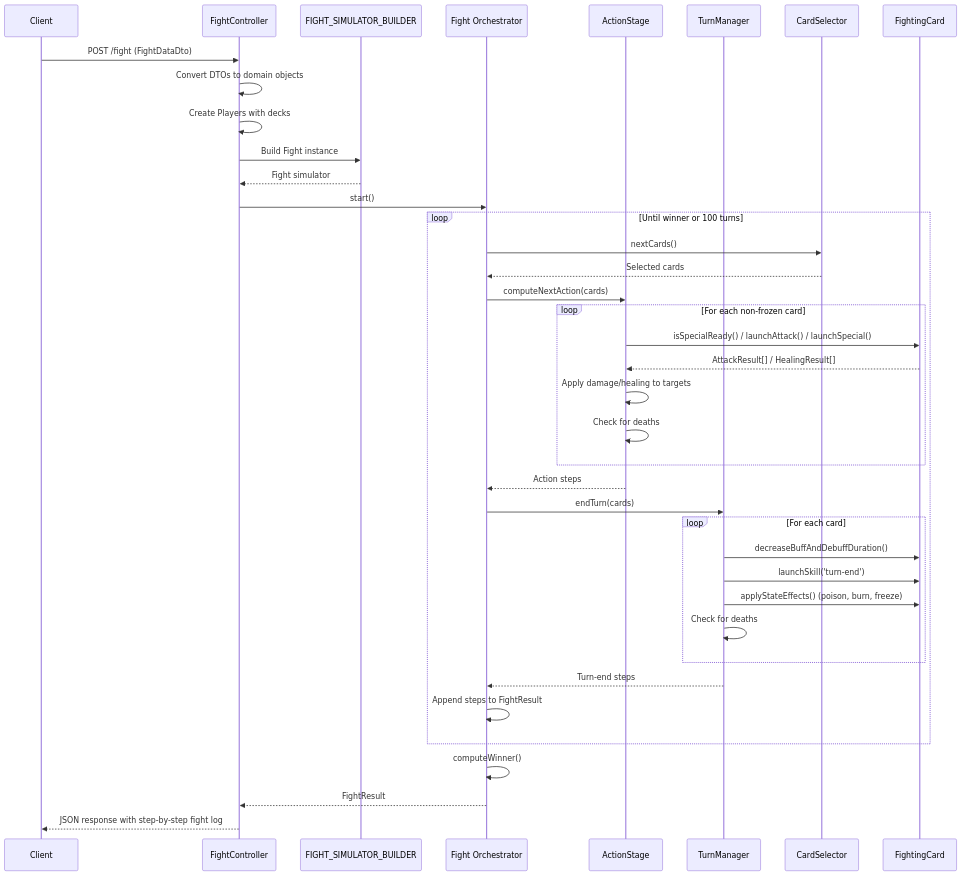
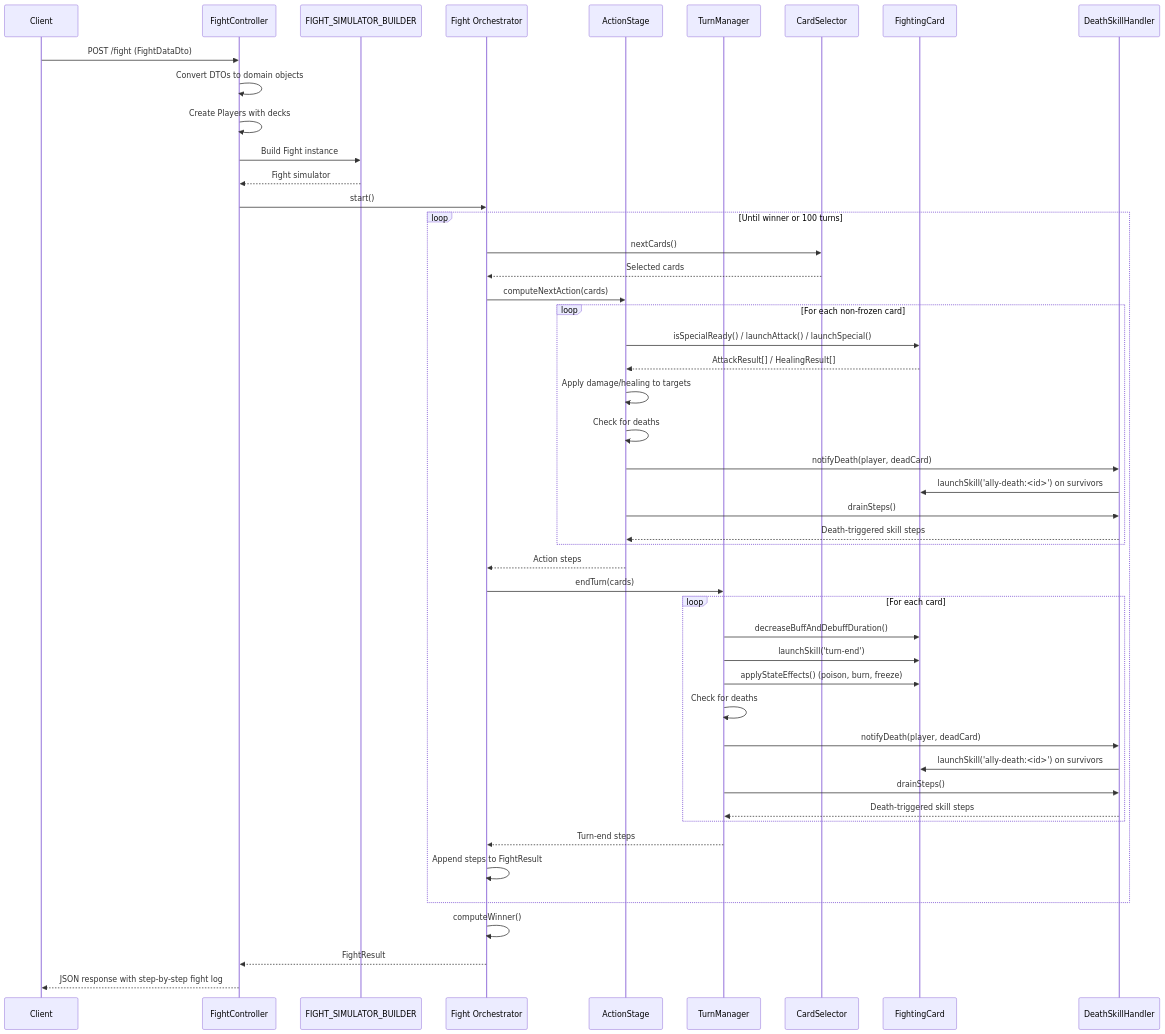
The diagram in docs/memory-bank/backend/ARCHITECTURE.md (cegerard/card-game), drawn with Mermaid before and after one commit. The commit also changed other lines of this file and 3 other files, not shown here.

Commit message:
docs: Enhance project documentation for ally-death skills and card structure

````diff
--- a/docs/memory-bank/backend/ARCHITECTURE.md
+++ b/docs/memory-bank/backend/ARCHITECTURE.md
@@ -117,47 +119,56 @@
 ```mermaid
 sequenceDiagram
     participant Client
     participant Controller as FightController
     participant Factory as FIGHT_SIMULATOR_BUILDER
     participant Fight as Fight Orchestrator
     participant ActionStage as ActionStage
     participant TurnManager as TurnManager
     participant CardSelector as CardSelector
     participant Card as FightingCard
+    participant DeathHandler as DeathSkillHandler
 
     Client->>Controller: POST /fight (FightDataDto)
     Controller->>Controller: Convert DTOs to domain objects
     Controller->>Controller: Create Players with decks
     Controller->>Factory: Build Fight instance
     Factory-->>Controller: Fight simulator
     Controller->>Fight: start()
 
     loop Until winner or 100 turns
         Fight->>CardSelector: nextCards()
         CardSelector-->>Fight: Selected cards
 
         Fight->>ActionStage: computeNextAction(cards)
         loop For each non-frozen card
             ActionStage->>Card: isSpecialReady() / launchAttack() / launchSpecial()
             Card-->>ActionStage: AttackResult[] / HealingResult[]
             ActionStage->>ActionStage: Apply damage/healing to targets
             ActionStage->>ActionStage: Check for deaths
+            ActionStage->>DeathHandler: notifyDeath(player, deadCard)
+            DeathHandler->>Card: launchSkill('ally-death:<id>') on survivors
+            ActionStage->>DeathHandler: drainSteps()
+            DeathHandler-->>ActionStage: Death-triggered skill steps
         end
         ActionStage-->>Fight: Action steps
 
         Fight->>TurnManager: endTurn(cards)
         loop For each card
             TurnManager->>Card: decreaseBuffAndDebuffDuration()
             TurnManager->>Card: launchSkill('turn-end')
             TurnManager->>Card: applyStateEffects() (poison, burn, freeze)
             TurnManager->>TurnManager: Check for deaths
+            TurnManager->>DeathHandler: notifyDeath(player, deadCard)
+            DeathHandler->>Card: launchSkill('ally-death:<id>') on survivors
+            TurnManager->>DeathHandler: drainSteps()
+            DeathHandler-->>TurnManager: Death-triggered skill steps
         end
         TurnManager-->>Fight: Turn-end steps
 
         Fight->>Fight: Append steps to FightResult
     end
 
     Fight->>Fight: computeWinner()
     Fight-->>Controller: FightResult
     Controller-->>Client: JSON response with step-by-step fight log
 ```
````
